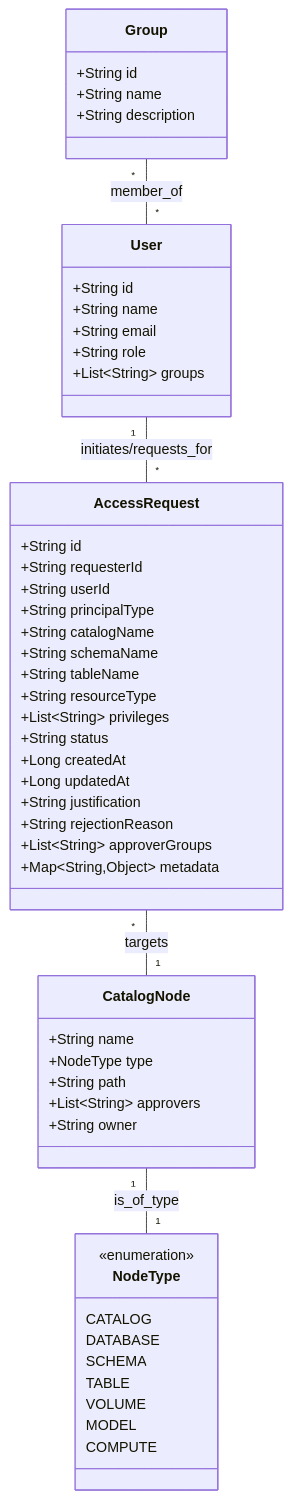
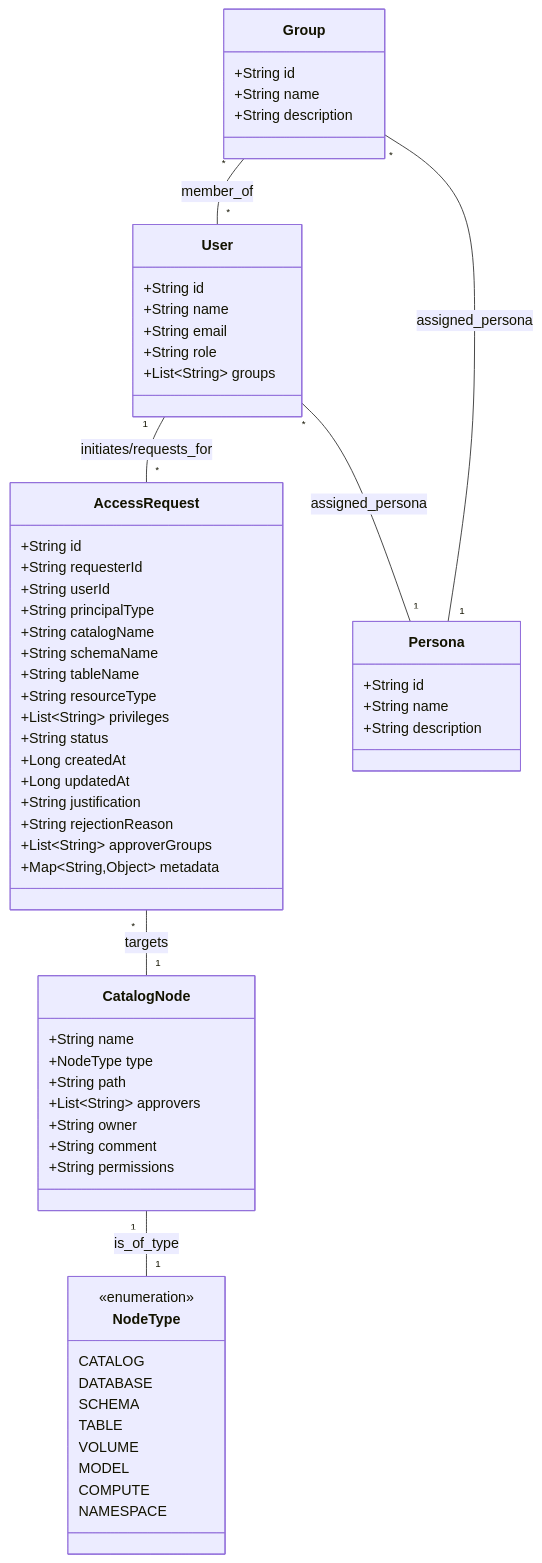
The second of 2 diagrams in src/site/markdown/architecture.md (rhlowery/acs-backend), drawn with Mermaid before and after one commit. The commit also changed other lines of this file and 13 other files, not shown here.

````diff
--- a/src/site/markdown/architecture.md
+++ b/src/site/markdown/architecture.md
@@ -39,55 +40,65 @@
 ```mermaid
 classDiagram
     class User {
         +String id
         +String name
         +String email
         +String role
         +List~String~ groups
     }
     class Group {
         +String id
         +String name
         +String description
     }
     class AccessRequest {
         +String id
         +String requesterId
         +String userId
         +String principalType
         +String catalogName
         +String schemaName
         +String tableName
         +String resourceType
         +List~String~ privileges
         +String status
         +Long createdAt
         +Long updatedAt
         +String justification
         +String rejectionReason
         +List~String~ approverGroups
         +Map~String,Object~ metadata
     }
+    class Persona {
+        +String id
+        +String name
+        +String description
+    }
     class CatalogNode {
         +String name
         +NodeType type
         +String path
         +List~String~ approvers
         +String owner
+        +String comment
+        +String permissions
     }
     class NodeType {
         <<enumeration>>
         CATALOG
         DATABASE
         SCHEMA
         TABLE
         VOLUME
         MODEL
         COMPUTE
+        NAMESPACE
     }
 
     User "1" -- "*" AccessRequest : initiates/requests_for
     Group "*" -- "*" User : member_of
     AccessRequest "*" -- "1" CatalogNode : targets
     CatalogNode "1" -- "1" NodeType : is_of_type
+    User "*" -- "1" Persona : assigned_persona
+    Group "*" -- "1" Persona : assigned_persona
 ```
````
